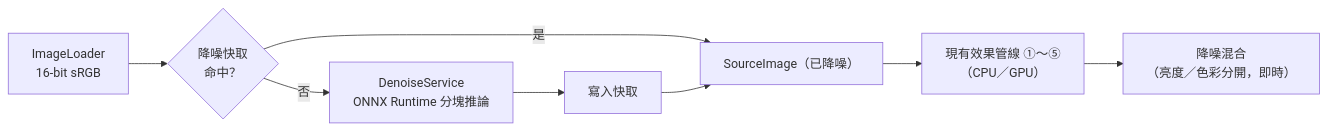
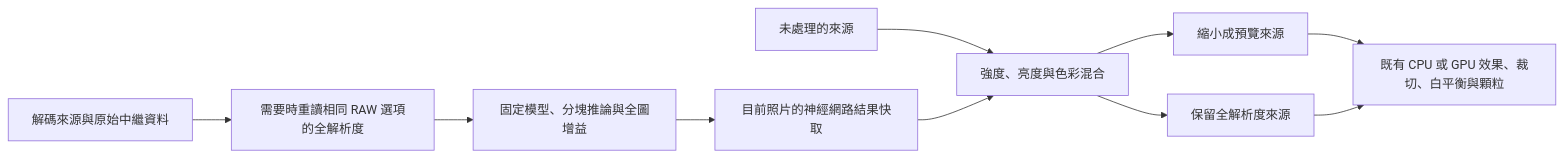
The diagram in docs/adr/0002-ai-denoise.md (minexo79/FilmBatch), drawn with Mermaid before and after one commit. The commit also changed other lines of this file and 8 other files, not shown here.

````diff
--- a/docs/adr/0002-ai-denoise.md
+++ b/docs/adr/0002-ai-denoise.md
@@ -60,8 +22,12 @@
 ```mermaid
 flowchart LR
-    Load["ImageLoader<br/>16-bit sRGB"] --> Cache{"降噪快取<br/>命中？"}
-    Cache -- 是 --> Src["SourceImage（已降噪）"]
-    Cache -- 否 --> Infer["DenoiseService<br/>ONNX Runtime 分塊推論"] --> Store["寫入快取"] --> Src
-    Src --> Pipe["現有效果管線 ①～⑤<br/>（CPU／GPU）"]
-    Pipe --> Mix["降噪混合<br/>（亮度／色彩分開，即時）"]
+    Decode["解碼來源與原始中繼資料"] --> Full["需要時重讀相同 RAW 選項的全解析度"]
+    Full --> Neural["固定模型、分塊推論與全圖增益"]
+    Neural --> Cache["目前照片的神經網路結果快取"]
+    Original["未處理的來源"] --> Mix["強度、亮度與色彩混合"]
+    Cache --> Mix
+    Mix --> Preview["縮小成預覽來源"]
+    Mix --> Export["保留全解析度來源"]
+    Preview --> Effects["既有 CPU 或 GPU 效果、裁切、白平衡與顆粒"]
+    Export --> Effects
 ```
````
